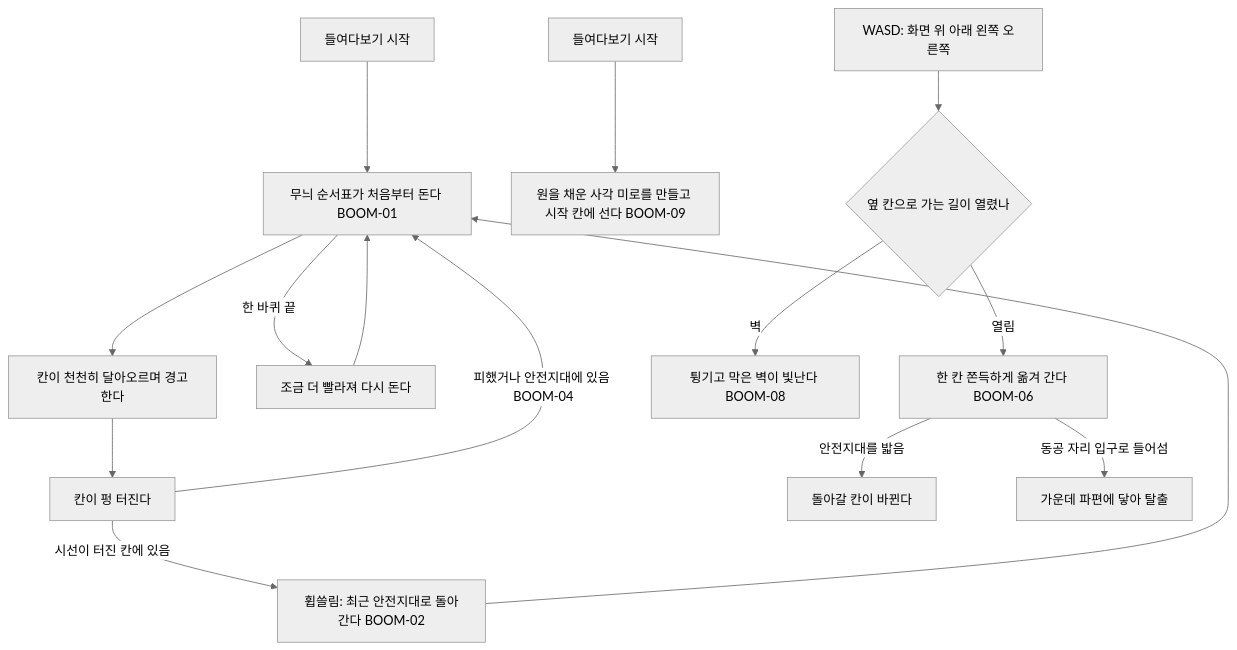
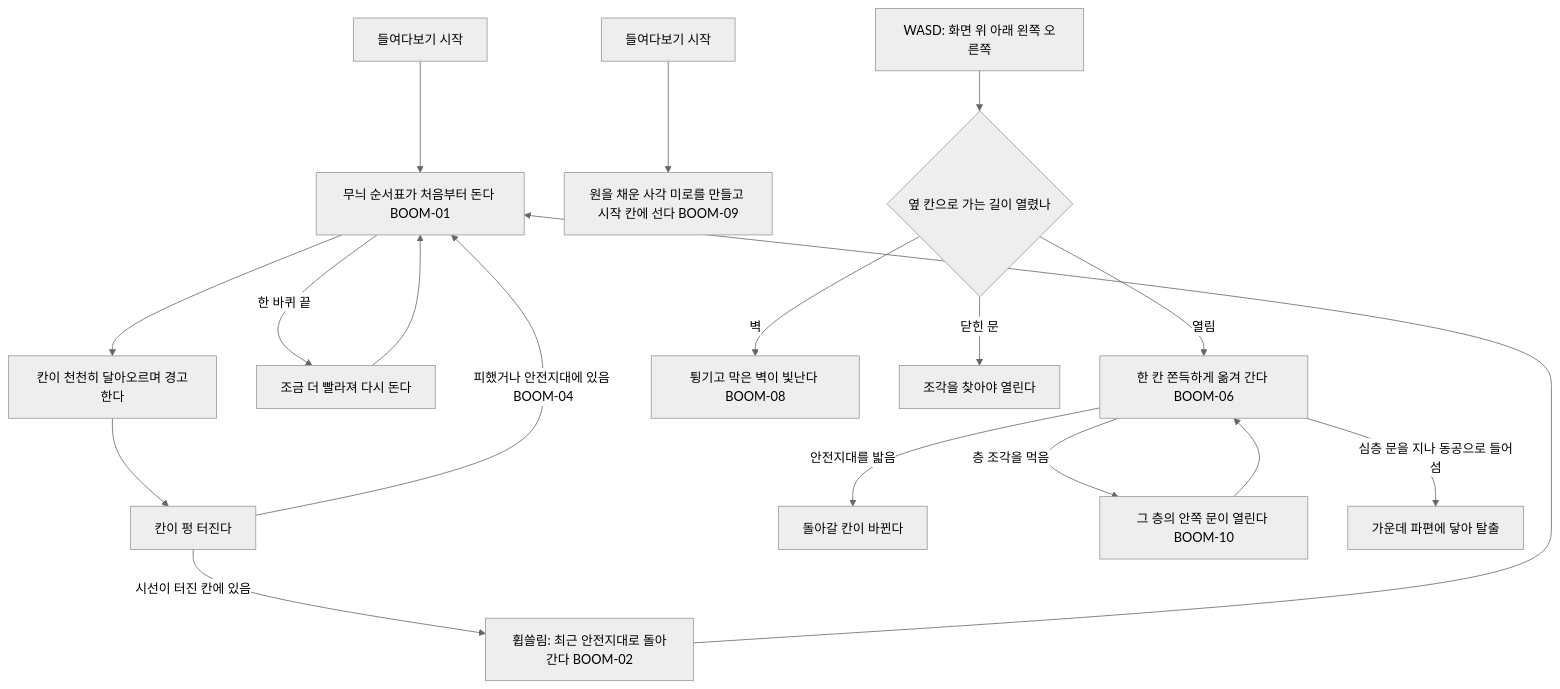
The diagram in docs/specs/maze-boom.md (xpaklove12-lang/Corner1), drawn with Mermaid (neutral theme) before and after one commit. The commit also changed other lines of this file and 7 other files, not shown here.

````diff
--- a/docs/specs/maze-boom.md
+++ b/docs/specs/maze-boom.md
@@ -9,17 +9,20 @@
 ```mermaid
 flowchart TD
     A[들여다보기 시작] --> B[무늬 순서표가 처음부터 돈다 BOOM-01]
     B --> C[칸이 천천히 달아오르며 경고한다]
     C --> D[칸이 펑 터진다]
     D -->|시선이 터진 칸에 있음| E[휩쓸림: 최근 안전지대로 돌아간다 BOOM-02]
     D -->|피했거나 안전지대에 있음 BOOM-04| B
     E --> B
     B -->|한 바퀴 끝| F[조금 더 빨라져 다시 돈다]
     F --> B
     S[들여다보기 시작] --> T[원을 채운 사각 미로를 만들고 시작 칸에 선다 BOOM-09]
     M[WASD: 화면 위 아래 왼쪽 오른쪽] --> N{옆 칸으로 가는 길이 열렸나}
     N -->|열림| O[한 칸 쫀득하게 옮겨 간다 BOOM-06]
     N -->|벽| P[튕기고 막은 벽이 빛난다 BOOM-08]
     O -->|안전지대를 밟음| H[돌아갈 칸이 바뀐다]
-    O -->|동공 자리 입구로 들어섬| Q[가운데 파편에 닿아 탈출]
+    N -->|닫힌 문| R[조각을 찾아야 열린다]
+    O -->|층 조각을 먹음| U[그 층의 안쪽 문이 열린다 BOOM-10]
+    U --> O
+    O -->|심층 문을 지나 동공으로 들어섬| Q[가운데 파편에 닿아 탈출]
 ```
````
